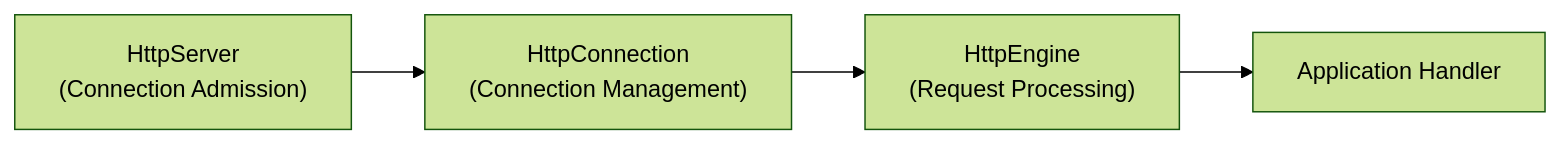
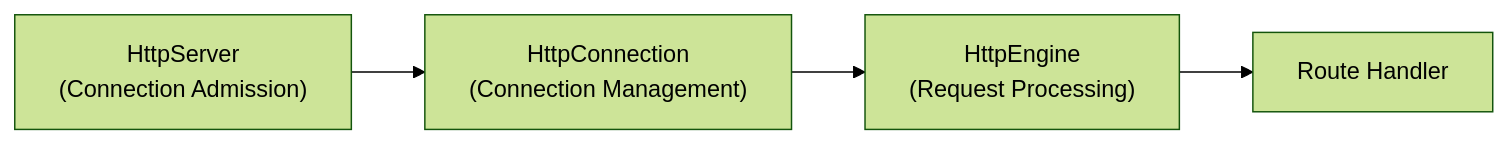
Before and after one commit to szeka9/PyRobusta: the first of 2 diagrams in docs/application_development/concepts.md, drawn with Mermaid (forest theme). The commit also changed other lines of this file and 2 other files, not shown here.

````diff
--- a/docs/application_development/concepts.md
+++ b/docs/application_development/concepts.md
@@ -37,6 +37,6 @@
 ```mermaid
 flowchart LR
     server["HttpServer<br>(Connection Admission)"] --> con["HttpConnection<br>(Connection Management)<br>"]
     con --> parser["HttpEngine<br>(Request Processing)"]
-    parser --> app["Application Handler"]
+    parser --> app["Route Handler"]
 ```
````
